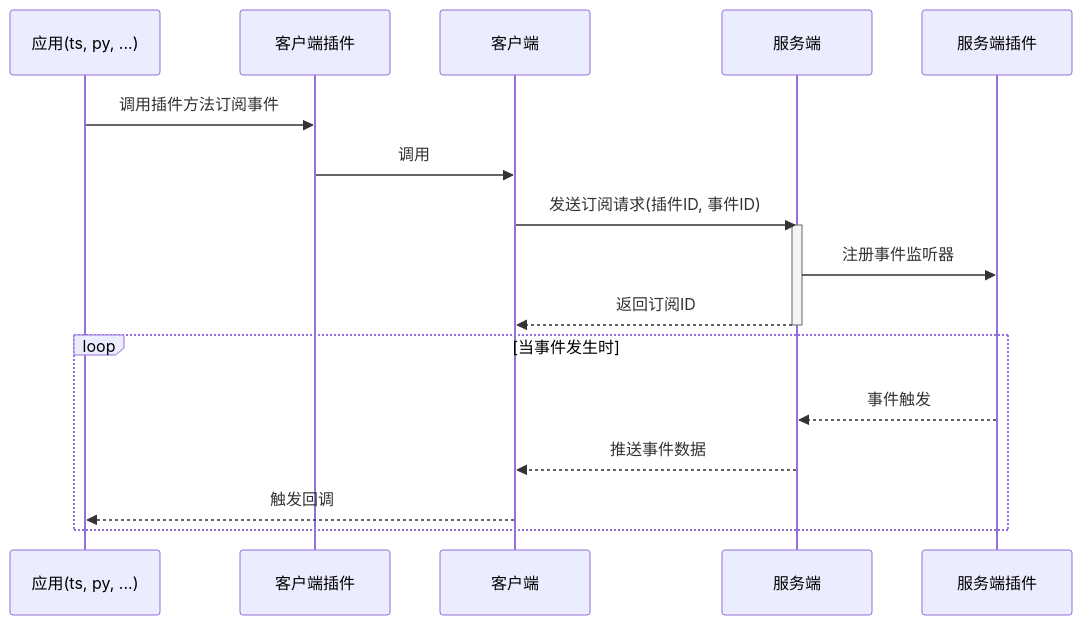
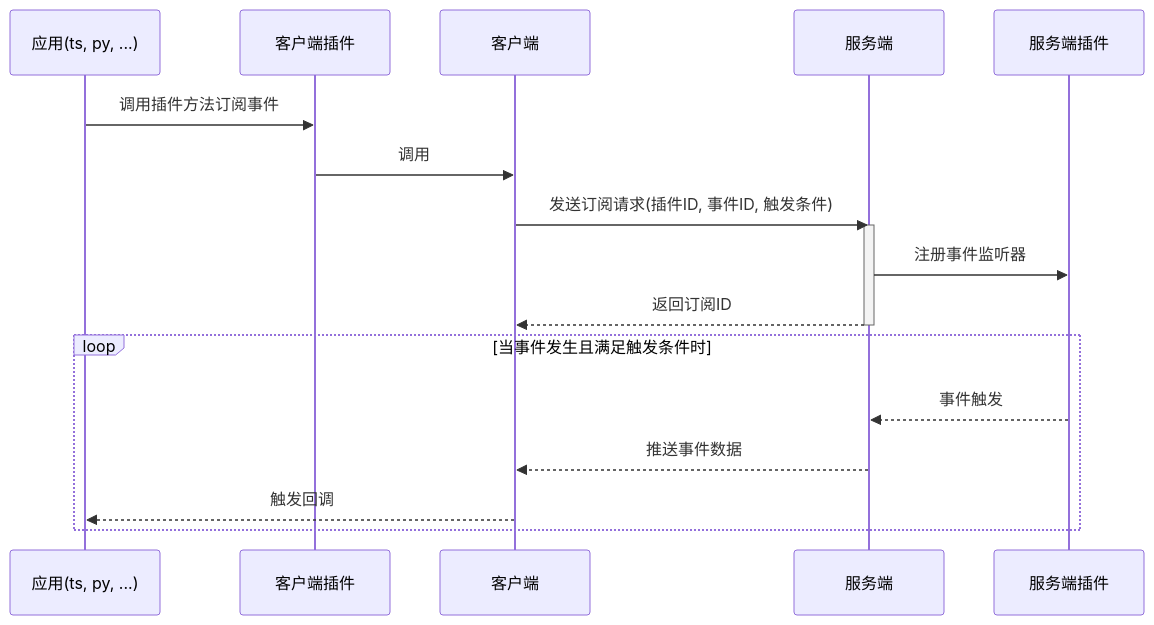
Before and after one commit to Leawind/Resonator: the second of 2 diagrams in README.md, drawn with Mermaid. The commit also changed other lines of this file, not shown here.

````diff
--- a/README.md
+++ b/README.md
@@ -38,23 +38,23 @@
 ```mermaid
 sequenceDiagram
     participant A as 应用(ts, py, ...)
     participant CP as 客户端插件
     participant C as 客户端
     participant S as 服务端
     participant SP as 服务端插件
 
     A ->> CP: 调用插件方法订阅事件
     CP->>C: 调用
 
-    C->>S: 发送订阅请求(插件ID, 事件ID)
+    C->>S: 发送订阅请求(插件ID, 事件ID, 触发条件)
     activate S
     S->>SP: 注册事件监听器
     S-->> C: 返回订阅ID
     deactivate S
 
-    loop 当事件发生时
+    loop 当事件发生且满足触发条件时
       SP-->>S: 事件触发
       S-->>C: 推送事件数据
       C-->>A: 触发回调
     end
 ```
````
